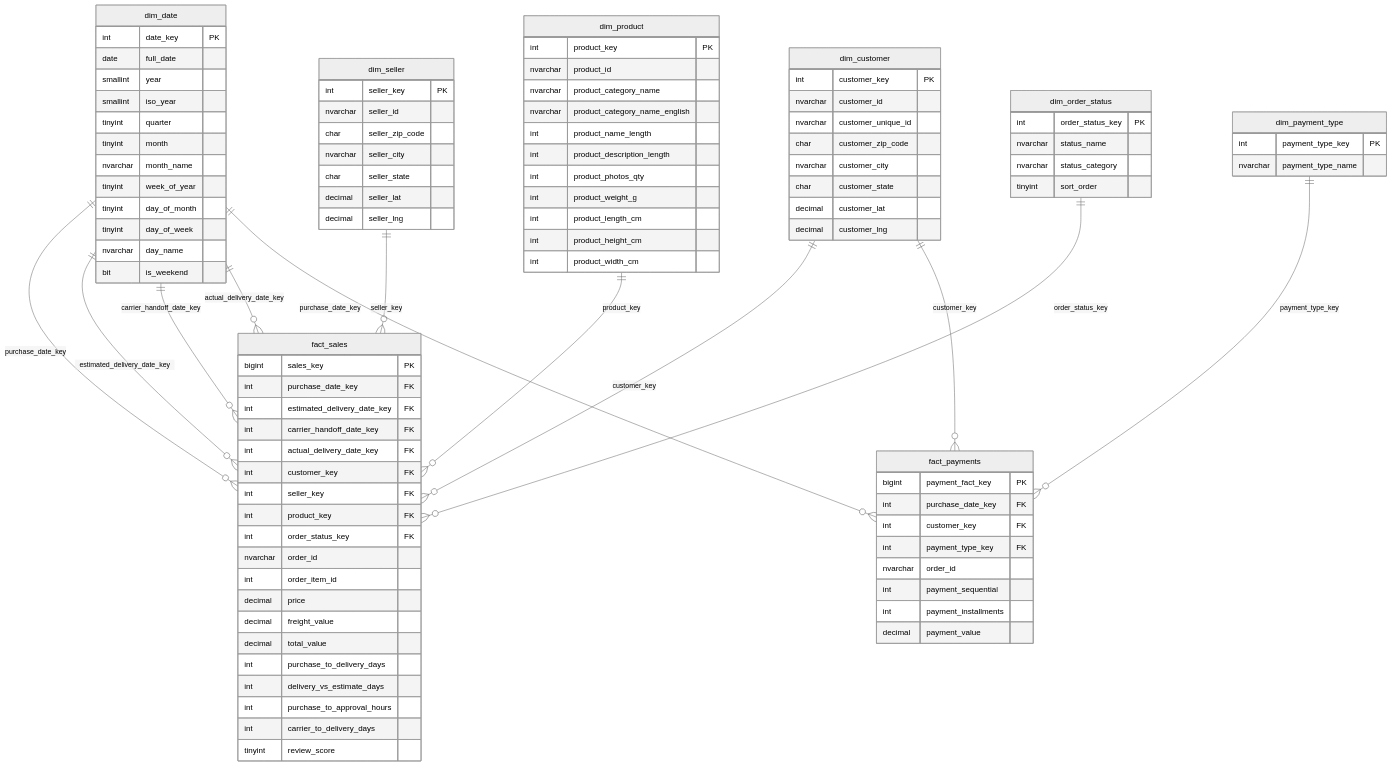
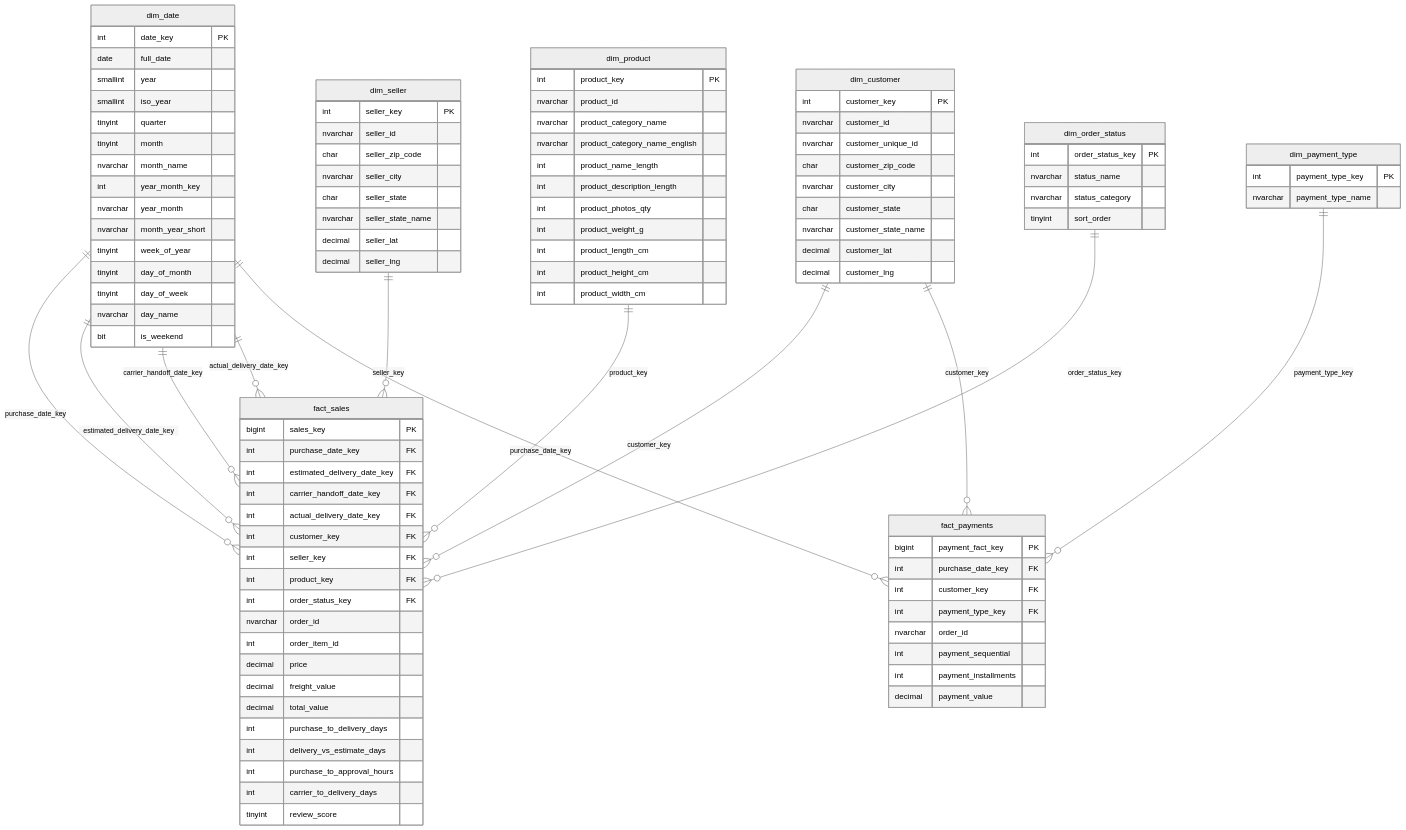
One commit to Nazgul773/olist-ecommerce-dwh changed the diagram in Readme.md. Above: the diagram before and after it, drawn with Mermaid (neutral theme). The commit also changed other lines of this file and 2 other files, not shown here.

Commit message:
feat: add power bi dashboard preview (page 1 - executive overview) in ReadMe docs: include new cols in ERD for dim_date, dim_customer and dim_seller docs: update ReadMe structure

```diff
--- a/Readme.md
+++ b/Readme.md
@@ -29,6 +29,9 @@
         tinyint quarter
         tinyint month
         nvarchar month_name
+        int year_month_key
+        nvarchar year_month
+        nvarchar month_year_short
         tinyint week_of_year
         tinyint day_of_month
         tinyint day_of_week
@@ -42,6 +45,7 @@
         char customer_zip_code
         nvarchar customer_city
         char customer_state
+        nvarchar customer_state_name
         decimal customer_lat
         decimal customer_lng
     }
@@ -51,6 +55,7 @@
         char seller_zip_code
         nvarchar seller_city
         char seller_state
+        nvarchar seller_state_name
         decimal seller_lat
         decimal seller_lng
     }
```
